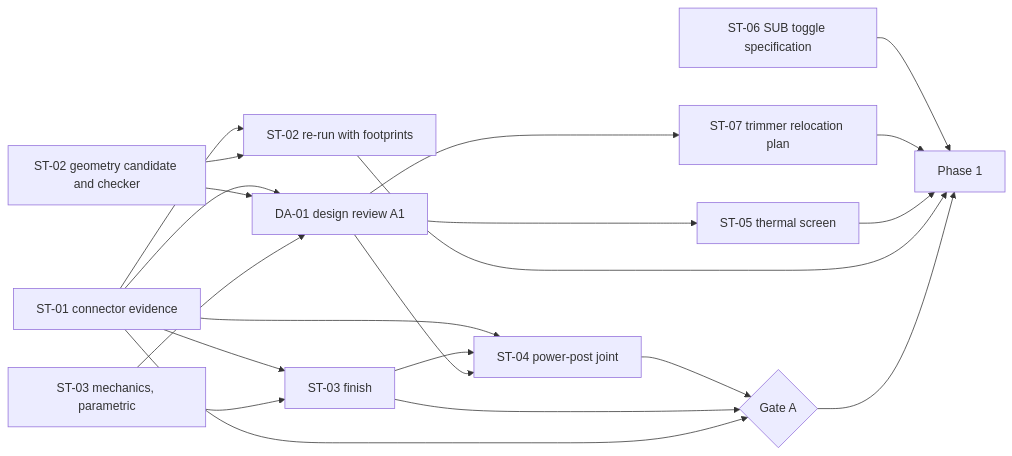
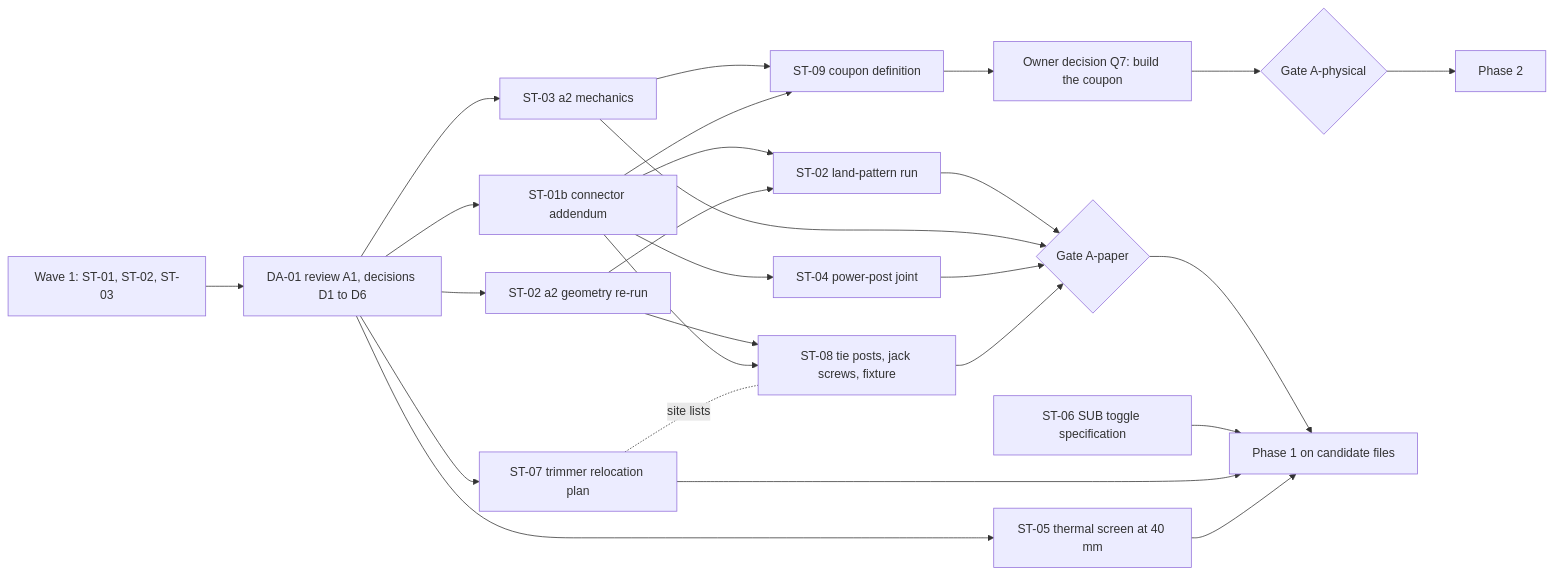
The diagram in circuit/orchestration/campaigns/osc-stack-20261114/plan.md (Takazudo/zudo-osc-hole-field), drawn with Mermaid before and after one commit. The commit also changed other lines of this file and 6 other files, not shown here.

````diff
--- a/circuit/orchestration/campaigns/osc-stack-20261114/plan.md
+++ b/circuit/orchestration/campaigns/osc-stack-20261114/plan.md
@@ -59,23 +60,28 @@
 ```mermaid
 flowchart LR
-  ST01["ST-01 connector evidence"] --> ST03f["ST-03 finish"]
-  ST03["ST-03 mechanics, parametric"] --> ST03f
-  ST01 --> ST04["ST-04 power-post joint"]
-  ST03f --> ST04
-  ST01 --> ST02r["ST-02 re-run with footprints"]
-  ST02["ST-02 geometry candidate and checker"] --> ST02r
-  ST01 --> DA01["DA-01 design review A1"]
-  ST02 --> DA01
-  ST03 --> DA01
-  DA01 --> ST04
-  DA01 --> ST05
-  DA01 --> ST07
-  ST04 --> GA{"Gate A"}
-  ST03f --> GA
-  ST01 --> GA
-  ST06["ST-06 SUB toggle specification"] --> P1["Phase 1"]
-  ST07["ST-07 trimmer relocation plan"] --> P1
-  ST05["ST-05 thermal screen"] --> P1
-  ST02r --> P1
-  GA --> P1
+  W1["Wave 1: ST-01, ST-02, ST-03"] --> DA01["DA-01 review A1, decisions D1 to D6"]
+  DA01 --> ST01b["ST-01b connector addendum"]
+  DA01 --> ST02a2["ST-02 a2 geometry re-run"]
+  DA01 --> ST03a2["ST-03 a2 mechanics"]
+  DA01 --> ST05["ST-05 thermal screen at 40 mm"]
+  DA01 --> ST07["ST-07 trimmer relocation plan"]
+  ST01b --> ST04["ST-04 power-post joint"]
+  ST01b --> ST02p["ST-02 land-pattern run"]
+  ST02a2 --> ST02p
+  ST02a2 --> ST08["ST-08 tie posts, jack screws, fixture"]
+  ST01b --> ST08
+  ST07 -. site lists .- ST08
+  ST03a2 --> ST09["ST-09 coupon definition"]
+  ST01b --> ST09
+  ST02p --> GAP{"Gate A-paper"}
+  ST03a2 --> GAP
+  ST04 --> GAP
+  ST08 --> GAP
+  ST09 --> OWN["Owner decision Q7: build the coupon"]
+  OWN --> GAF{"Gate A-physical"}
+  GAP --> P1["Phase 1 on candidate files"]
+  ST06["ST-06 SUB toggle specification"] --> P1
+  ST07 --> P1
+  ST05 --> P1
+  GAF --> P2["Phase 2"]
 ```
````
